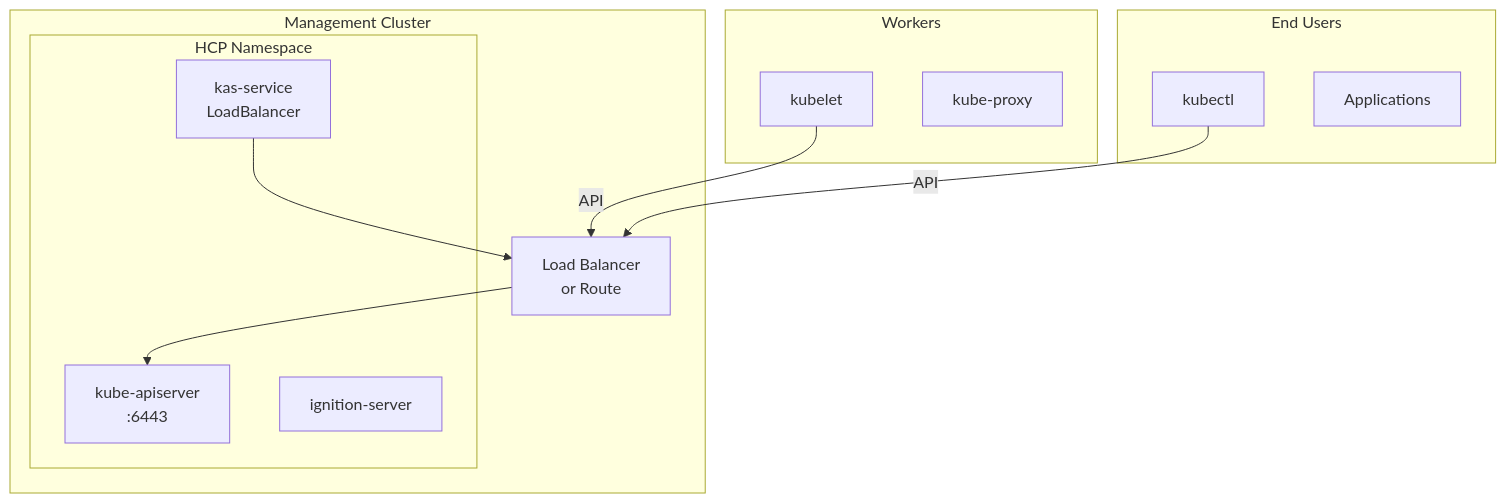
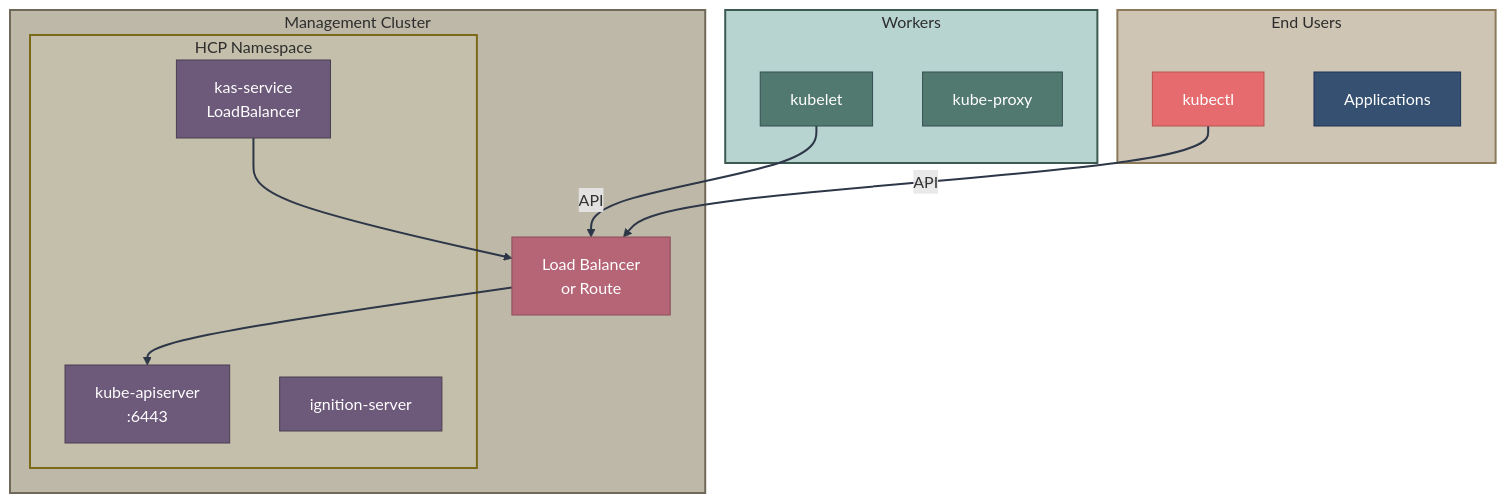
Before and after one commit to zszabo-rh/openshift-install-guide: the fourth of 4 diagrams in 05-hosted-control-planes/hcp-overview.md, drawn with Mermaid. The commit also changed other lines of this file and 16 other files, not shown here.

Commit message:
improved diagram style

````diff
--- a/05-hosted-control-planes/hcp-overview.md
+++ b/05-hosted-control-planes/hcp-overview.md
@@ -284,27 +321,43 @@
 ```mermaid
 graph TB
-    subgraph "Management Cluster"
-        subgraph "HCP Namespace"
+    subgraph mgmt["Management Cluster"]
+        subgraph hcpns["HCP Namespace"]
             KAPI[kube-apiserver<br/>:6443]
             KAS[kas-service<br/>LoadBalancer]
             IGN[ignition-server]
         end
         
         LB[Load Balancer<br/>or Route]
     end
     
-    subgraph "Workers"
+    subgraph workers["Workers"]
         KUBELET[kubelet]
         KPROXY[kube-proxy]
     end
     
-    subgraph "End Users"
+    subgraph users["End Users"]
         KUBECTL[kubectl]
         APPS[Applications]
     end
     
     KAS --> LB
     LB --> KAPI
     KUBELET -->|API| LB
     KUBECTL -->|API| LB
+    
+    style KAPI fill:#6d597a,stroke:#4a3f50,color:#fff
+    style KAS fill:#6d597a,stroke:#4a3f50,color:#fff
+    style IGN fill:#6d597a,stroke:#4a3f50,color:#fff
+    style LB fill:#b56576,stroke:#8d4e5a,color:#fff
+    style KUBELET fill:#52796f,stroke:#354f52,color:#fff
+    style KPROXY fill:#52796f,stroke:#354f52,color:#fff
+    style KUBECTL fill:#e56b6f,stroke:#b85450,color:#fff
+    style APPS fill:#355070,stroke:#1d3557,color:#fff
+    
+    style mgmt fill:#beb8a8,stroke:#706858,stroke-width:2px,color:#2d2d2d
+    style hcpns fill:#c4bfaa,stroke:#7a6a1a,stroke-width:2px,color:#2d2d2d
+    style workers fill:#b8d4d0,stroke:#3d5a52,stroke-width:2px,color:#2d2d2d
+    style users fill:#cfc5b5,stroke:#8d7a5a,stroke-width:2px,color:#2d2d2d
+    
+    linkStyle default stroke:#2d3748,stroke-width:2px
 ```
````
